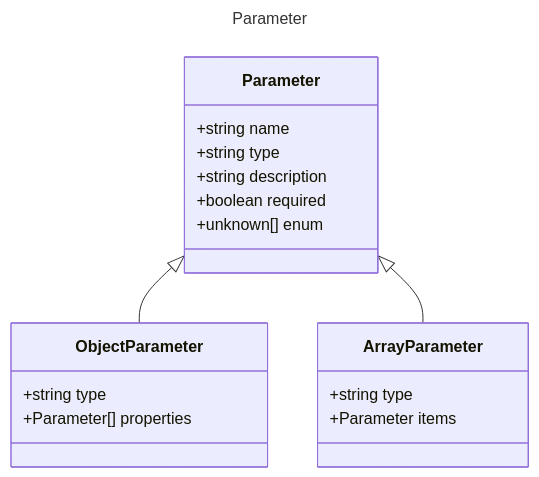
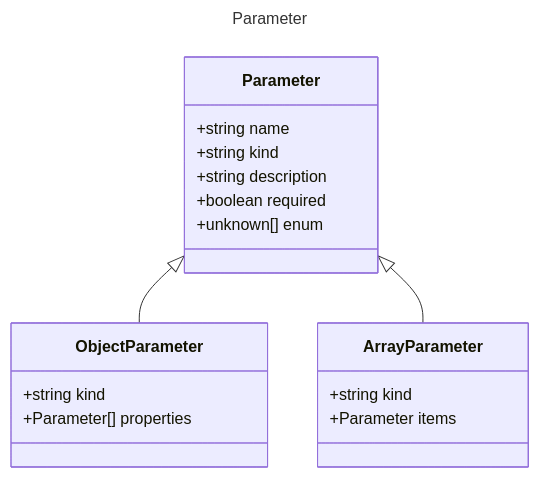
One commit to microsoft/prompty changed the diagram in specification/prompty/docs/Parameter.md. Above: the diagram before and after it, drawn with Mermaid. The commit also changed other lines of this file and 27 other files, not shown here.

Commit message:
moved from 'type' to 'kind' throughout the spec

````diff
--- a/specification/prompty/docs/Parameter.md
+++ b/specification/prompty/docs/Parameter.md
@@ -7,23 +7,23 @@
 ```mermaid
 ---
 title: Parameter
 ---
 classDiagram
     class Parameter {
         +string name
-        +string type
+        +string kind
         +string description
         +boolean required
         +unknown[] enum
     }
     class ObjectParameter {
-        +string type
+        +string kind
         +Parameter[] properties
     }
     Parameter <|-- ObjectParameter
     class ArrayParameter {
-        +string type
+        +string kind
         +Parameter items
     }
     Parameter <|-- ArrayParameter
 ```
````
